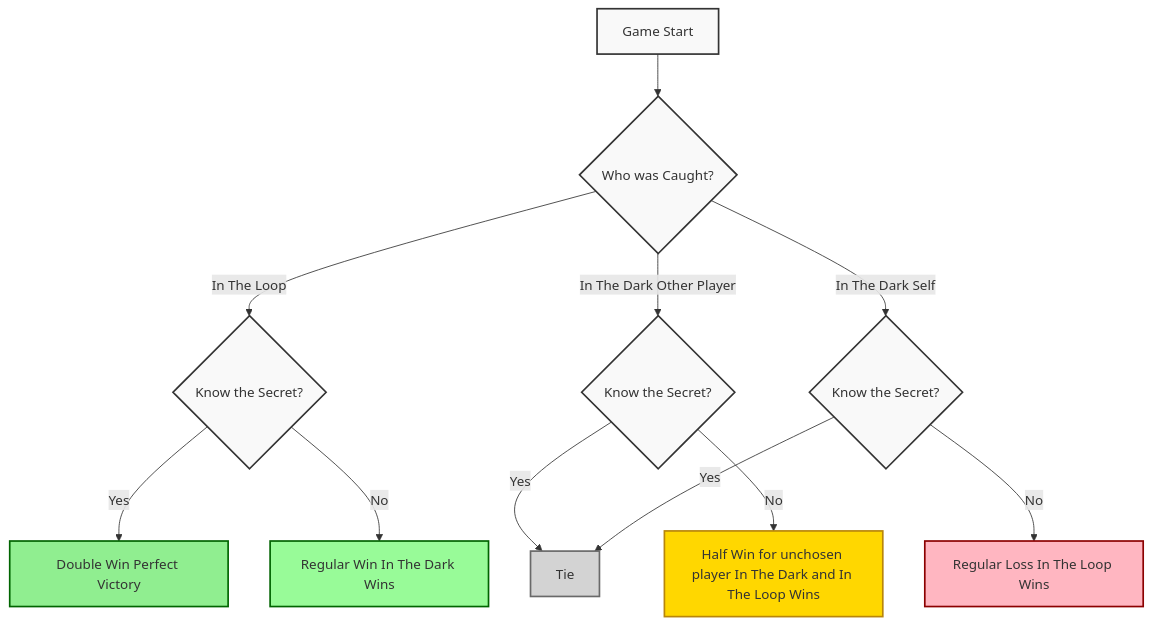
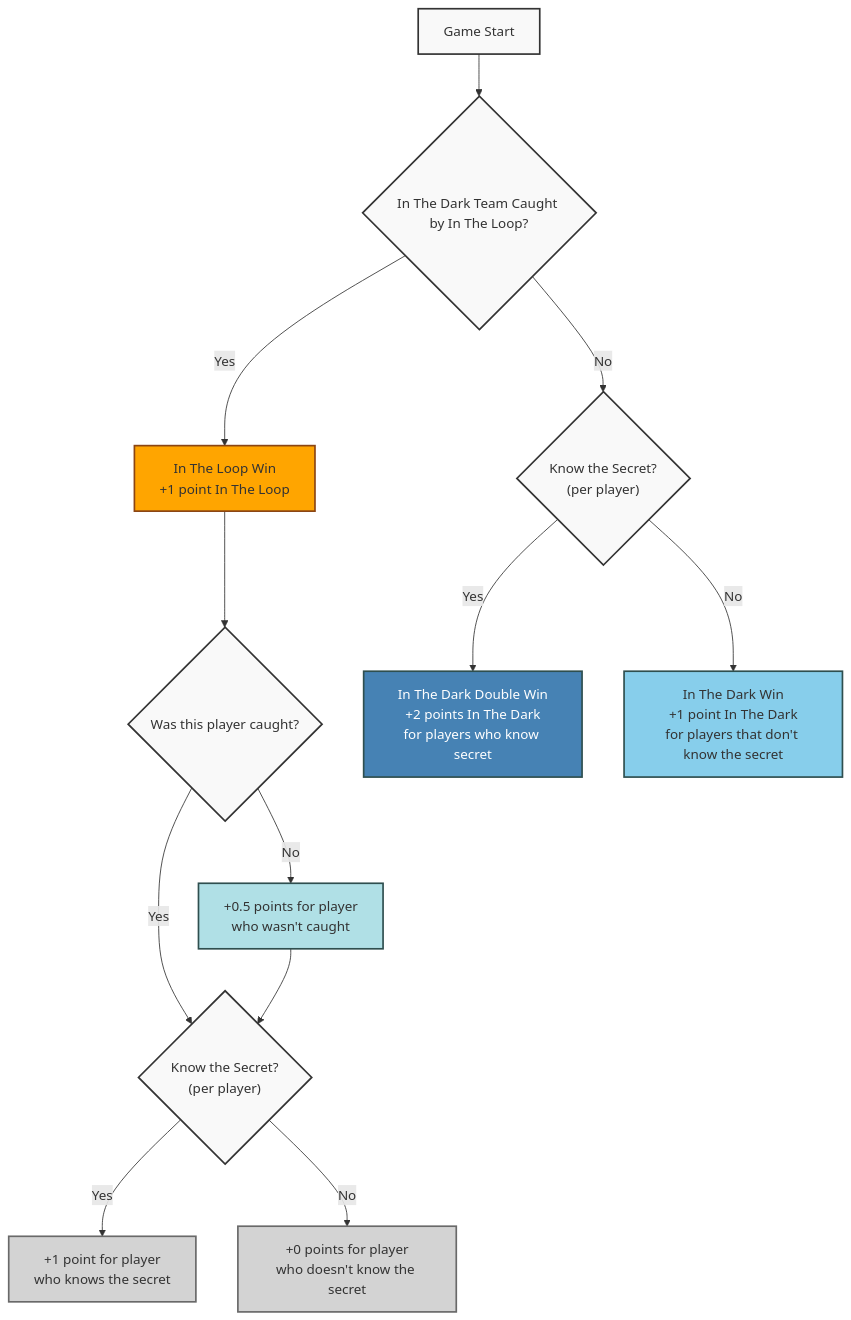
One commit to Nicolasara/in_the_dark changed the second of 2 diagrams in src/game-rules/README.md. Above: the diagram before and after it, drawn with Mermaid. The commit also changed other lines of this file and 1 other file, not shown here.

First line of the commit message:
Enhance game rules and terminology documentation for "In The Dark"

````diff
--- a/src/game-rules/README.md
+++ b/src/game-rules/README.md
@@ -124,25 +123,26 @@
 ```mermaid
 flowchart TD
-    Start[Game Start] --> WhoCaught{Who was Caught?}
+    Start[Game Start] --> Caught{In The Dark Team Caught by In The Loop?}
 
-    WhoCaught -->|In The Loop| KnowSecret1{Know the Secret?}
-    WhoCaught -->|In The Dark Other Player| KnowSecret2{Know the Secret?}
-    WhoCaught -->|In The Dark Self| KnowSecret3{Know the Secret?}
+    Caught -->|Yes| InTheLoopWin[In The Loop Win<br>+1 point In The Loop]
+    Caught -->|No| KnowSecret2{"Know the Secret?<br>(per player)"}
 
-    KnowSecret1 -->|Yes| DoubleWin[Double Win Perfect Victory]
-    KnowSecret1 -->|No| RegularWin[Regular Win In The Dark Wins]
+    InTheLoopWin --> PlayerCaught{Was this player caught?}
+    PlayerCaught -->|Yes| KnowSecret1{"Know the Secret?<br>(per player)"}
+    PlayerCaught -->|No| HalfPoint[+0.5 points for player<br>who wasn't caught] --> KnowSecret1
 
-    KnowSecret2 -->|Yes| Tie[Tie]
-    KnowSecret2 -->|No| HalfWin[Half Win for unchosen player In The Dark and In The Loop Wins]
+    KnowSecret1 -->|Yes| SecretPoint[+1 point for player<br>who knows the secret]
+    KnowSecret1 -->|No| NoSecretPoint[+0 points for player<br>who doesn't know the secret]
 
-    KnowSecret3 -->|Yes| Tie[Tie]
-    KnowSecret3 -->|No| RegularLoss[Regular Loss In The Loop Wins]
+    KnowSecret2 -->|Yes| InTheDarkDoubleWin["In The Dark Double Win<br>+2 points In The Dark<br>for players who know secret"]
+    KnowSecret2 -->|No| InTheDarkWin["In The Dark Win<br>+1 point In The Dark<br>for players that don't know the secret"]
 
-    style DoubleWin fill:#90EE90,stroke:#006400,color:#333333
-    style RegularWin fill:#98FB98,stroke:#006400,color:#333333
-    style HalfWin fill:#FFD700,stroke:#B8860B,color:#333333
-    style RegularLoss fill:#FFB6C1,stroke:#8B0000,color:#333333
-    style Tie fill:#D3D3D3,stroke:#696969,color:#333333
+    style InTheDarkDoubleWin fill:#4682B4,stroke:#2F4F4F,color:#FFFFFF
+    style InTheDarkWin fill:#87CEEB,stroke:#2F4F4F,color:#333333
+    style HalfPoint fill:#B0E0E6,stroke:#2F4F4F,color:#333333
+    style InTheLoopWin fill:#FFA500,stroke:#8B4513,color:#333333
+    style SecretPoint fill:#D3D3D3,stroke:#696969,color:#333333
+    style NoSecretPoint fill:#D3D3D3,stroke:#696969,color:#333333
 
     classDef default fill:#f9f9f9,stroke:#333,stroke-width:2px,color:#333333;
 ```
````
